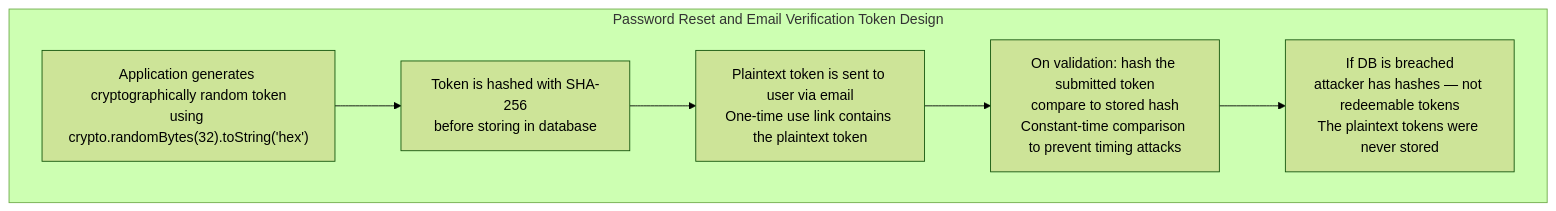
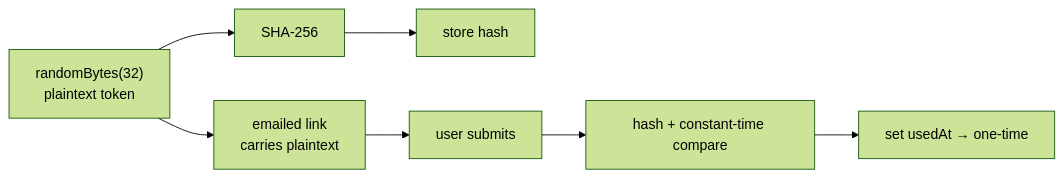
One commit to KSDRILL-SA/Xkimi-Xa-Mali changed the second of 2 diagrams in docs/database/03-schema-design.md. Above: the diagram before and after it, drawn with Mermaid (forest theme). The commit also changed other lines of this file and 2 other files, not shown here.

First line of the commit message:
docs: refresh database docs for the full 34-model schema (#189)

````diff
--- a/docs/database/03-schema-design.md
+++ b/docs/database/03-schema-design.md
@@ -96,12 +46,7 @@
 ```mermaid
-flowchart TD
-    subgraph TOKEN_DESIGN["Password Reset and Email Verification Token Design"]
-        FLOW1["Application generates cryptographically random token\nusing crypto.randomBytes(32).toString('hex')"]
-        FLOW2["Token is hashed with SHA-256\nbefore storing in database"]
-        FLOW3["Plaintext token is sent to user via email\nOne-time use link contains the plaintext token"]
-        FLOW4["On validation: hash the submitted token\ncompare to stored hash\nConstant-time comparison to prevent timing attacks"]
-        FLOW5["If DB is breached\nattacker has hashes — not redeemable tokens\nThe plaintext tokens were never stored"]
-    end
-
-    FLOW1 --> FLOW2 --> FLOW3 --> FLOW4 --> FLOW5
+flowchart LR
+    GEN["randomBytes(32)<br/>plaintext token"] --> HASH["SHA-256"] --> STORE["store hash"]
+    GEN --> MAIL["emailed link<br/>carries plaintext"]
+    MAIL --> SUBMIT["user submits"] --> CMP["hash + constant-time compare"]
+    CMP --> USED["set usedAt → one-time"]
 ```
````
